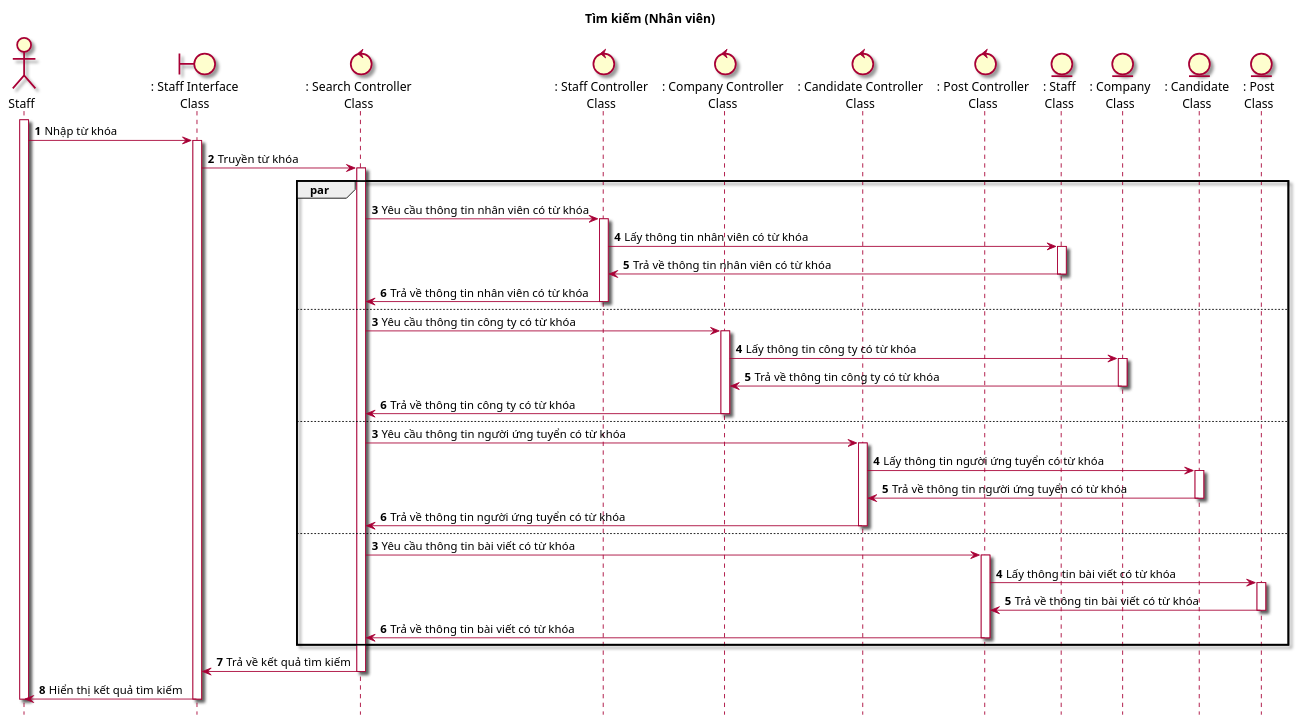
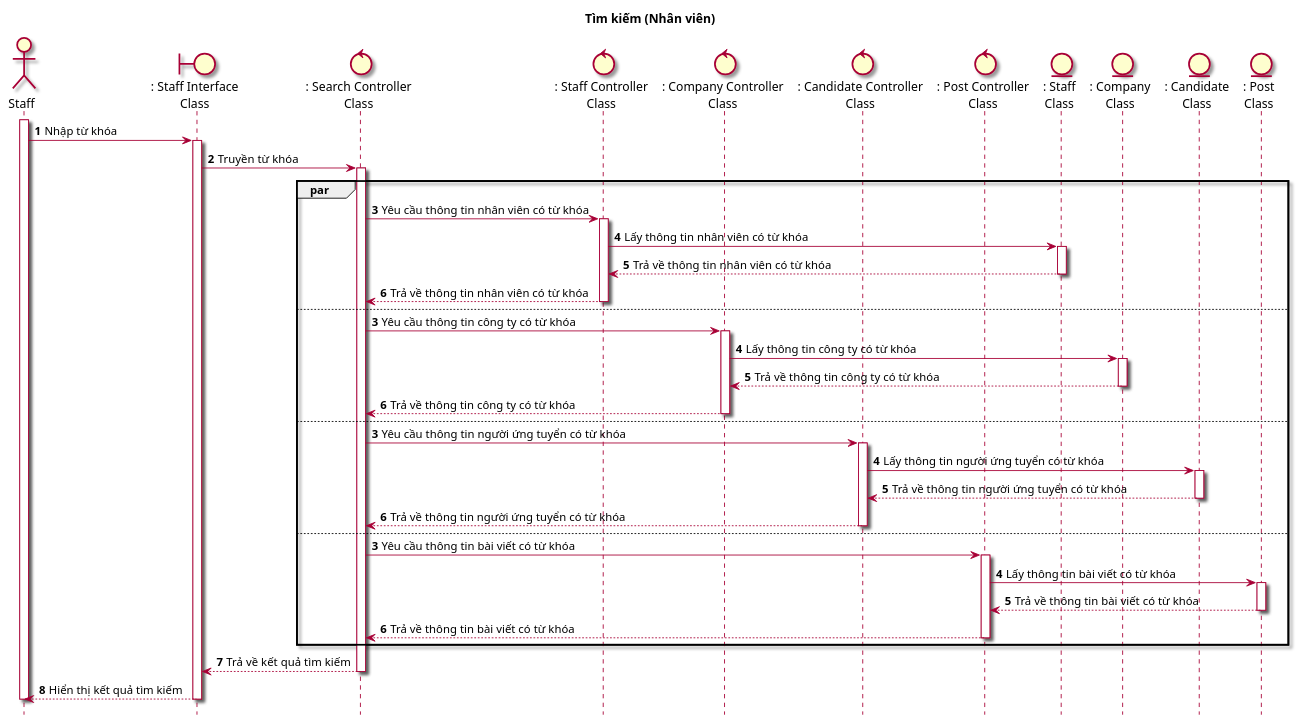
One commit to Griselda4774/EAS-EmploymentAssistanceSystem changed the diagram in Lab1/Lab 1.2 Diagram/Sequence/FilePUML/12.2. SeqTimKiem(Staff).puml. Above: the diagram before and after it, drawn with PlantUML. The commit also changed 40 other files, not shown here.

Commit message:
Change Sequence diagram

```diff
--- a/Lab1/Lab 1.2 Diagram/Sequence/FilePUML/12.2. SeqTimKiem(Staff).puml
+++ b/Lab1/Lab 1.2 Diagram/Sequence/FilePUML/12.2. SeqTimKiem(Staff).puml
@@ -1,51 +1,51 @@
 @startuml SeqTimKiem(staff)
 
 skin rose
 hide footbox
 
 title Tìm kiếm (Nhân viên)
 
 actor Staff as staff
 boundary ": Staff Interface\nClass" as staffInterface
 control ": Search Controller\nClass" as searchController
 control ": Staff Controller\nClass" as staffController
 control ": Company Controller\nClass" as companyController
 control ": Candidate Controller\nClass" as candidateController
 control ": Post Controller\nClass" as postController
 entity ": Staff\nClass" as staffClass
 entity ": Company\nClass" as companyClass
 entity ": Candidate\nClass" as candidateClass
 entity ": Post\nClass" as postClass
 
 autonumber
 staff++
 staff -> staffInterface++: Nhập từ khóa
 staffInterface -> searchController++: Truyền từ khóa
 par
     searchController -> staffController++: Yêu cầu thông tin nhân viên có từ khóa
     staffController -> staffClass++: Lấy thông tin nhân viên có từ khóa
-    staffClass -> staffController--: Trả về thông tin nhân viên có từ khóa
-    staffController -> searchController--: Trả về thông tin nhân viên có từ khóa
+    staffClass --> staffController--: Trả về thông tin nhân viên có từ khóa
+    staffController --> searchController--: Trả về thông tin nhân viên có từ khóa
 else
     autonumber 3
     searchController -> companyController++: Yêu cầu thông tin công ty có từ khóa
     companyController -> companyClass++: Lấy thông tin công ty có từ khóa
-    companyClass -> companyController--: Trả về thông tin công ty có từ khóa
-    companyController -> searchController--: Trả về thông tin công ty có từ khóa
+    companyClass --> companyController--: Trả về thông tin công ty có từ khóa
+    companyController --> searchController--: Trả về thông tin công ty có từ khóa
 else
     autonumber 3
     searchController -> candidateController++: Yêu cầu thông tin người ứng tuyển có từ khóa
     candidateController -> candidateClass++: Lấy thông tin người ứng tuyển có từ khóa
-    candidateClass -> candidateController--: Trả về thông tin người ứng tuyển có từ khóa
-    candidateController -> searchController--: Trả về thông tin người ứng tuyển có từ khóa
+    candidateClass --> candidateController--: Trả về thông tin người ứng tuyển có từ khóa
+    candidateController --> searchController--: Trả về thông tin người ứng tuyển có từ khóa
 else
     autonumber 3
     searchController -> postController++: Yêu cầu thông tin bài viết có từ khóa
     postController -> postClass++: Lấy thông tin bài viết có từ khóa
-    postClass -> postController--: Trả về thông tin bài viết có từ khóa
-    postController -> searchController--: Trả về thông tin bài viết có từ khóa
+    postClass --> postController--: Trả về thông tin bài viết có từ khóa
+    postController --> searchController--: Trả về thông tin bài viết có từ khóa
 end
-searchController -> staffInterface--: Trả về kết quả tìm kiếm
-staffInterface -> staff--: Hiển thị kết quả tìm kiếm
+searchController --> staffInterface--: Trả về kết quả tìm kiếm
+staffInterface --> staff--: Hiển thị kết quả tìm kiếm
 staff--
 @enduml
```
